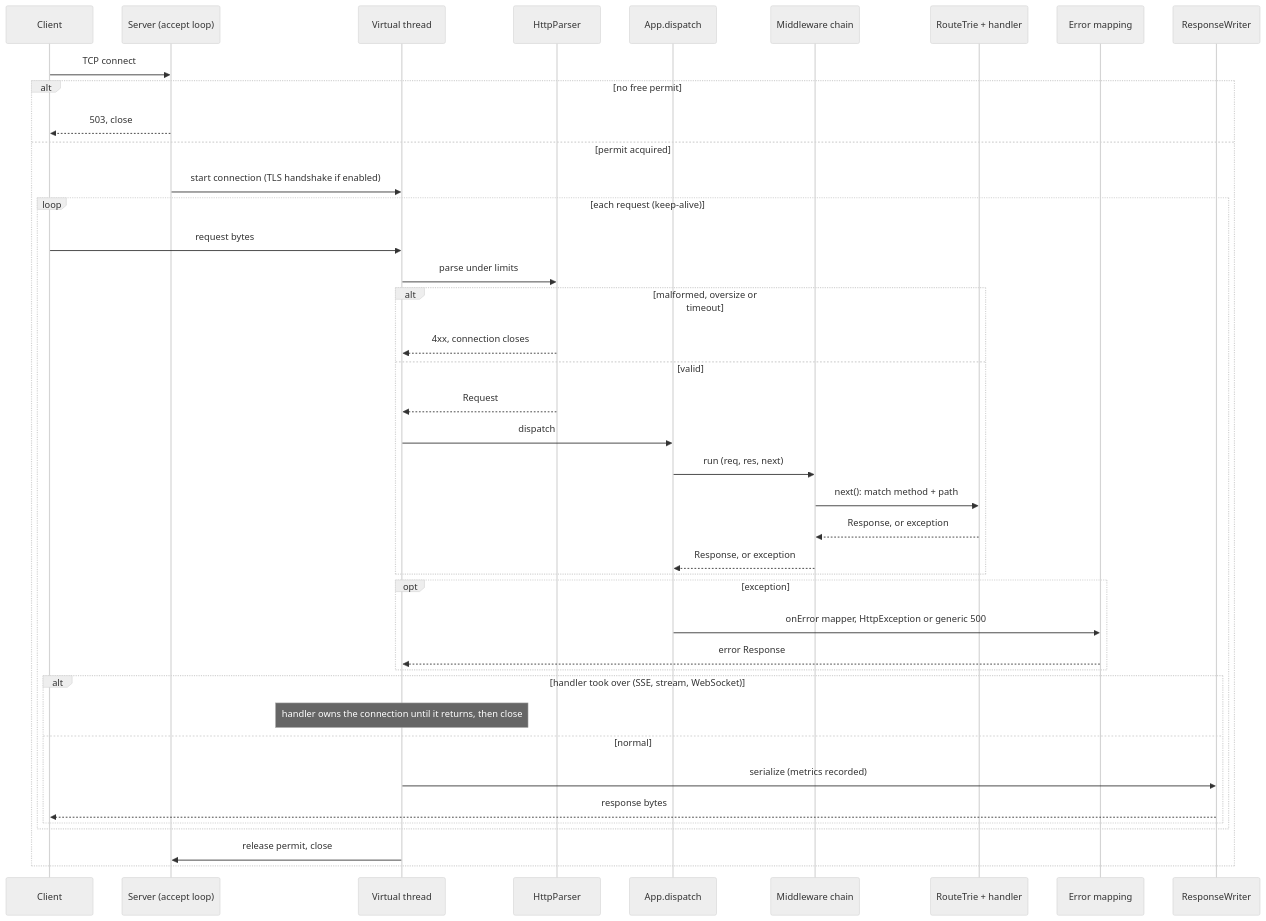
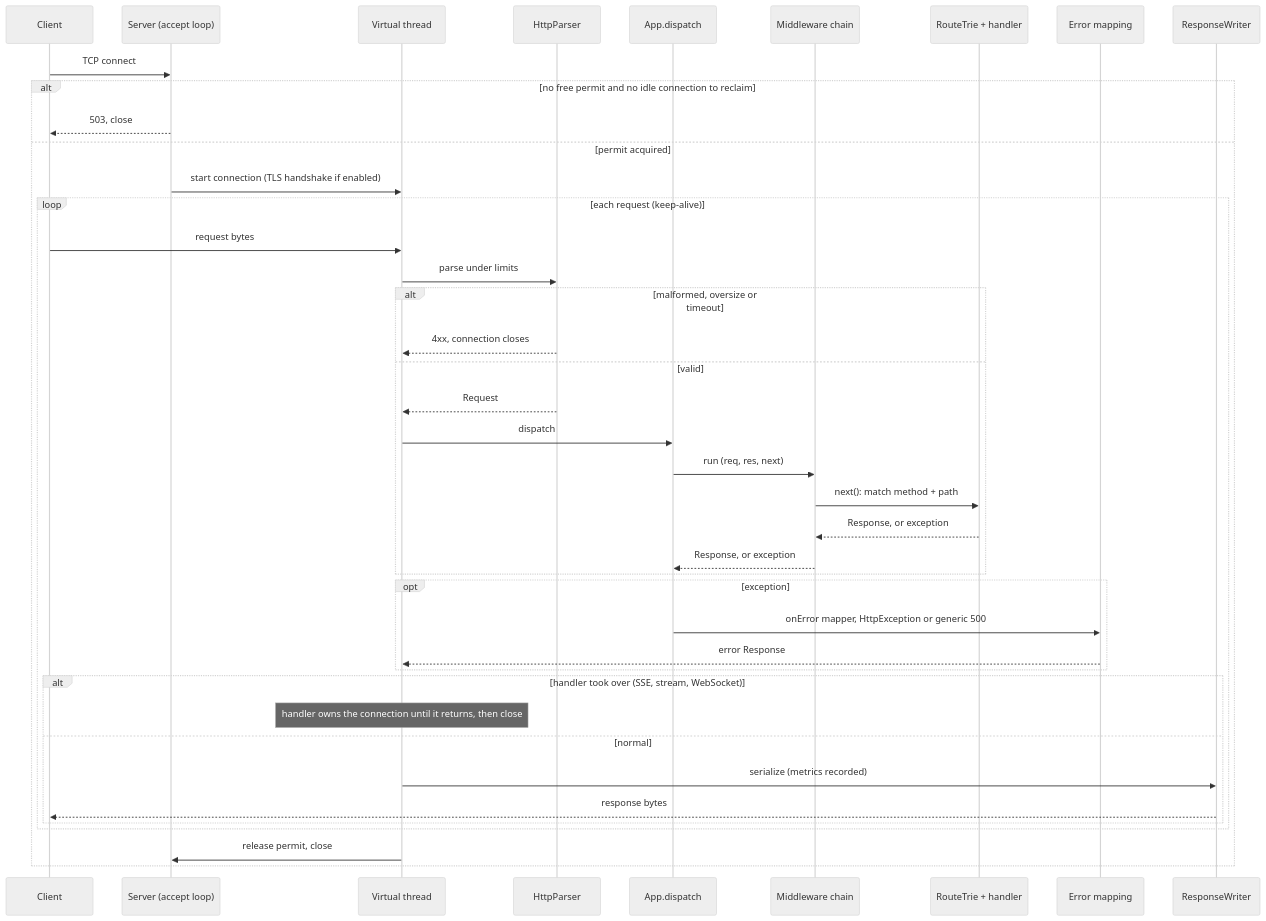
Before and after one commit to THIRU-1074/custom-Http-Server: the diagram in docs/ARCHITECTURE.md, drawn with Mermaid (neutral theme). The commit also changed other lines of this file and 6 other files, not shown here.

First line of the commit message:
fix(core): close the longest-idle connection when the limit is reached

````diff
--- a/docs/ARCHITECTURE.md
+++ b/docs/ARCHITECTURE.md
@@ -47,44 +47,44 @@
 ```mermaid
 sequenceDiagram
     participant C as Client
     participant S as Server (accept loop)
     participant V as Virtual thread
     participant P as HttpParser
     participant A as App.dispatch
     participant M as Middleware chain
     participant R as RouteTrie + handler
     participant E as Error mapping
     participant W as ResponseWriter
 
     C->>S: TCP connect
-    alt no free permit
+    alt no free permit and no idle connection to reclaim
         S-->>C: 503, close
     else permit acquired
         S->>V: start connection (TLS handshake if enabled)
         loop each request (keep-alive)
             C->>V: request bytes
             V->>P: parse under limits
             alt malformed, oversize or timeout
                 P-->>V: 4xx, connection closes
             else valid
                 P-->>V: Request
                 V->>A: dispatch
                 A->>M: run (req, res, next)
                 M->>R: next(): match method + path
                 R-->>M: Response, or exception
                 M-->>A: Response, or exception
             end
             opt exception
                 A->>E: onError mapper, HttpException or generic 500
                 E-->>V: error Response
             end
             alt handler took over (SSE, stream, WebSocket)
                 Note over V: handler owns the connection until it returns, then close
             else normal
                 V->>W: serialize (metrics recorded)
                 W-->>C: response bytes
             end
         end
         V->>S: release permit, close
     end
 ```
````
